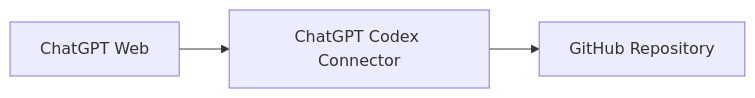
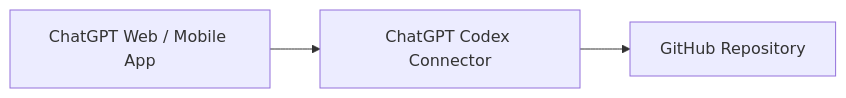
The third of 4 diagrams in README.md (eaglesjo/MultiAgentOS), drawn with Mermaid before and after one commit. The commit also changed other lines of this file, not shown here.

Commit message:
docs: document ChatGPT mobile app support

````diff
--- a/README.md
+++ b/README.md
@@ -115,4 +131,4 @@
 ```mermaid
 flowchart LR
-    C["ChatGPT Web"] --> X["ChatGPT Codex Connector"] --> G["GitHub Repository"]
+    C["ChatGPT Web / Mobile App"] --> X["ChatGPT Codex Connector"] --> G["GitHub Repository"]
 ```
````
